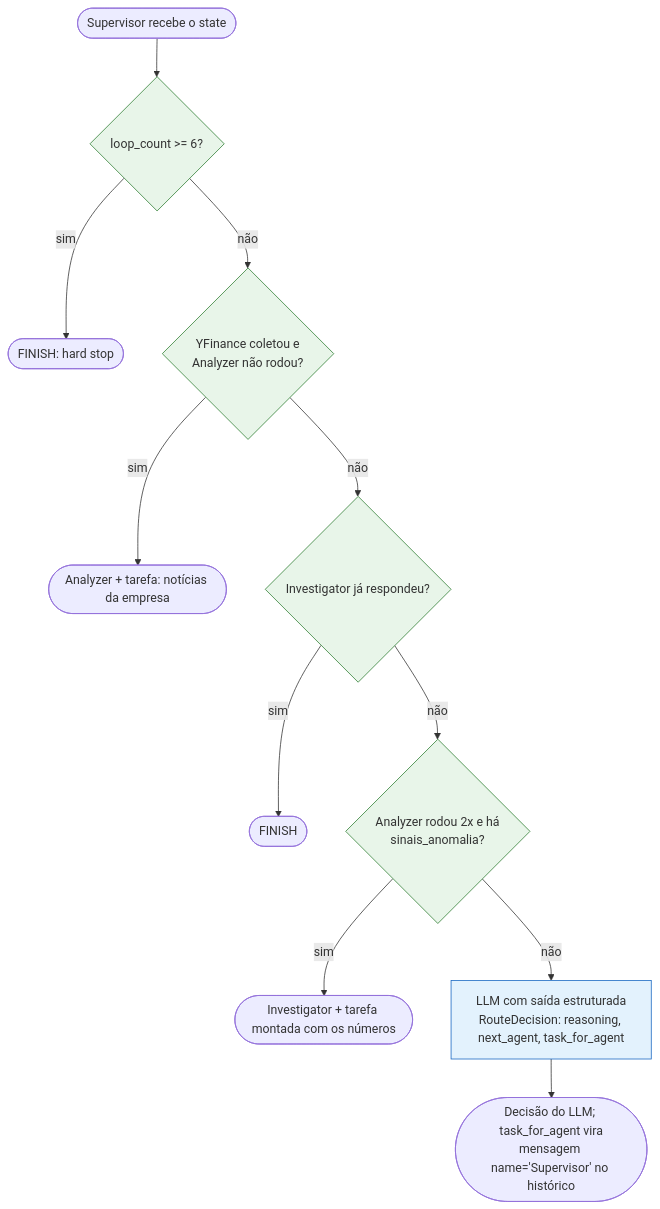
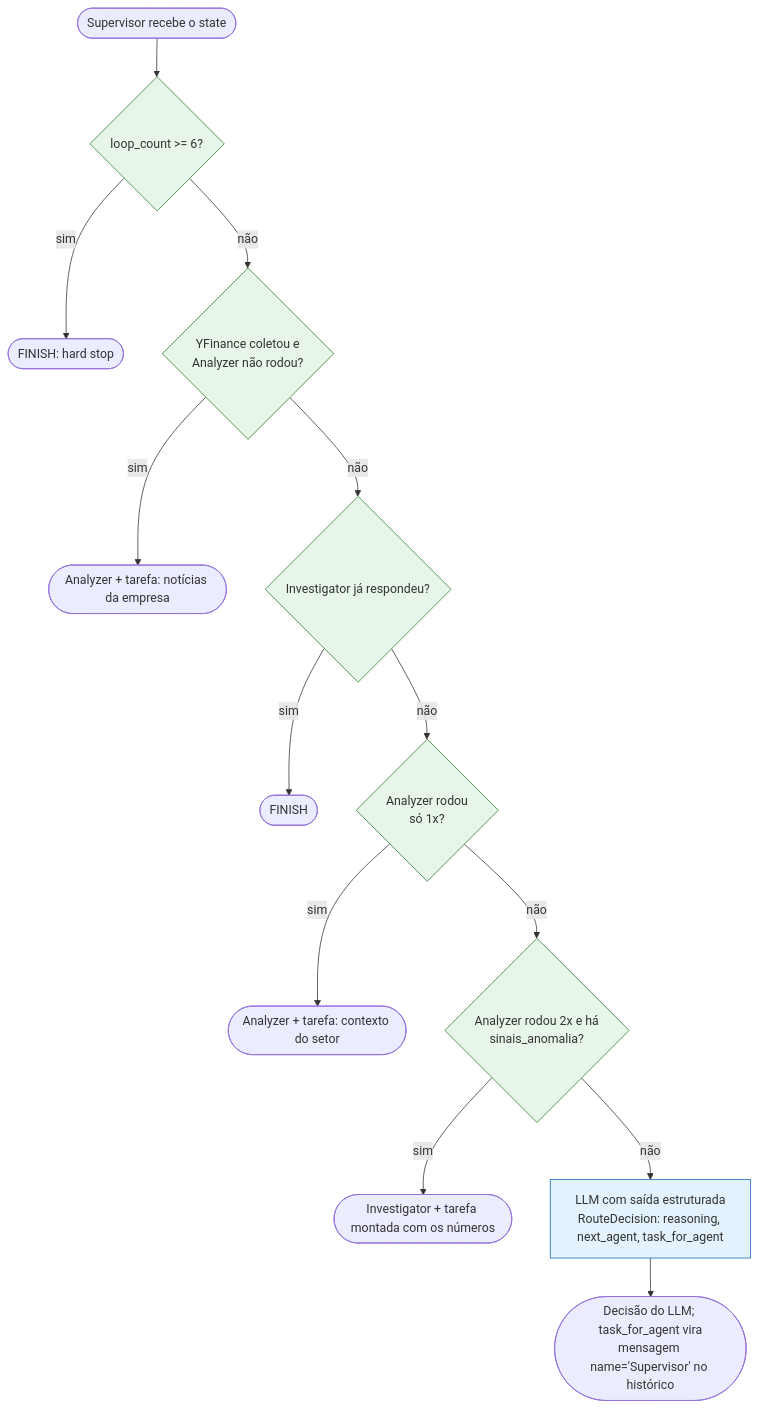
The second of 5 diagrams in docs/arquitetura.md (igorc22/pipeline-inteligencia-financeira-b3), drawn with Mermaid before and after one commit. The commit also changed other lines of this file and 4 other files, not shown here.

Commit message:
feat: guard da etapa 3 manda o Analyzer ao setor sem consultar o LLM

````diff
--- a/docs/arquitetura.md
+++ b/docs/arquitetura.md
@@ -67,18 +67,20 @@
 ```mermaid
 flowchart TD
     E(["Supervisor recebe o state"]) --> H{"loop_count >= 6?"}
     H -->|sim| FIN1(["FINISH: hard stop"])
     H -->|não| G1{"YFinance coletou e<br/>Analyzer não rodou?"}
     G1 -->|sim| AN(["Analyzer + tarefa: notícias da empresa"])
     G1 -->|não| G2{"Investigator já respondeu?"}
     G2 -->|sim| FIN2(["FINISH"])
-    G2 -->|não| G3{"Analyzer rodou 2x e há<br/>sinais_anomalia?"}
+    G2 -->|não| G4{"Analyzer rodou<br/>só 1x?"}
+    G4 -->|sim| SET(["Analyzer + tarefa: contexto do setor"])
+    G4 -->|não| G3{"Analyzer rodou 2x e há<br/>sinais_anomalia?"}
     G3 -->|sim| INV(["Investigator + tarefa montada com os números"])
     G3 -->|não| LLM["LLM com saída estruturada<br/>RouteDecision: reasoning, next_agent, task_for_agent"]
     LLM --> D(["Decisão do LLM; task_for_agent vira<br/>mensagem name='Supervisor' no histórico"])
 
     classDef guard fill:#e8f5e9,stroke:#2e7d32
     classDef llm fill:#e3f2fd,stroke:#1565c0
-    class H,G1,G2,G3 guard
+    class H,G1,G2,G4,G3 guard
     class LLM llm
 ```
````
